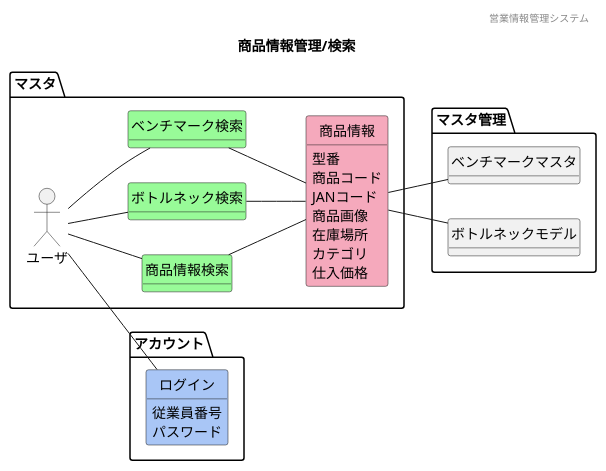
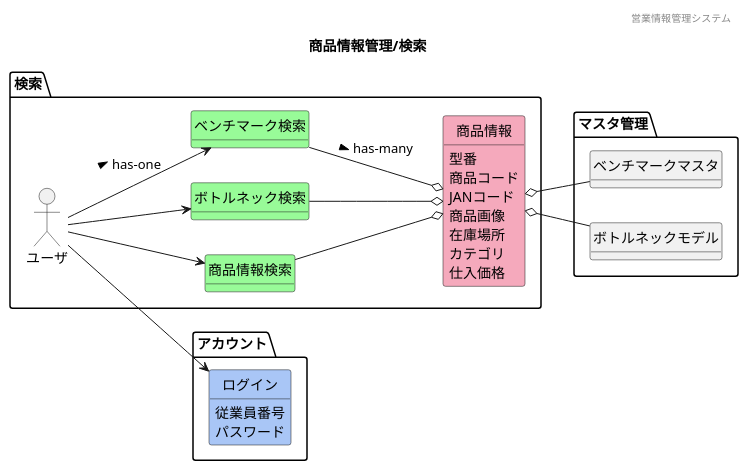
The diagram in 各種設計書/1ドメインモデル図/商品情報管理/F08検索.plantuml (HaruShim/Sotuken), drawn with PlantUML before and after one commit. The commit also changed 13 other files, not shown here.

```diff
--- a/各種設計書/1ドメインモデル図/商品情報管理/F08検索.plantuml
+++ b/各種設計書/1ドメインモデル図/商品情報管理/F08検索.plantuml
@@ -1,51 +1,51 @@
 @startuml images/商品情報管理/検索
 ' ヘッダー
 header 営業情報管理システム
 ' タイトル
 title 商品情報管理/検索
 ' 
 hide circle
 ' 
 hide method
 left to right direction
 
 package "アカウント"{
     class "ログイン" #A9C6F6
 }
-package "マスタ"{
+package "検索"{
 'ユーザや外部システム
     mix_actor "ユーザ"
     class "商品情報検索" #98fb98
     class "ボトルネック検索" #98fb98
     class "ベンチマーク検索" #98fb98
     class "商品情報" #F5A9BC
 }
     package "マスタ管理"{
         class "ベンチマークマスタ"
         class "ボトルネックモデル"
         }
     ' class "" #F5A9BC
     ' class "" #ffd700
 
     'モデル同士の関係
-    ユーザ -- 商品情報検索
-    ユーザ -- ボトルネック検索
-    ユーザ -- ベンチマーク検索
-    ユーザ -- ログイン
-    商品情報検索 -- 商品情報
-    ボトルネック検索 -- 商品情報
-    ベンチマーク検索 -- 商品情報
-    商品情報 -- ボトルネックモデル
-    商品情報 -- ベンチマークマスタ
+    ユーザ --> 商品情報検索
+    ユーザ --> ボトルネック検索
+    ユーザ --> ベンチマーク検索 : > has-one
+    ユーザ --> ログイン
+    商品情報検索 --o 商品情報
+    ボトルネック検索 --o 商品情報
+    ベンチマーク検索 --o 商品情報 : > has-many
+    商品情報 o-- ボトルネックモデル
+    商品情報 o-- ベンチマークマスタ
 
     'ドメインクラスの属性
     商品情報 : 型番
     商品情報 : 商品コード
     商品情報 : JANコード
     商品情報 : 商品画像
     商品情報 : 在庫場所
     商品情報 : カテゴリ
     商品情報 : 仕入価格
     ログイン : 従業員番号
     ログイン : パスワード
 @enduml
```
